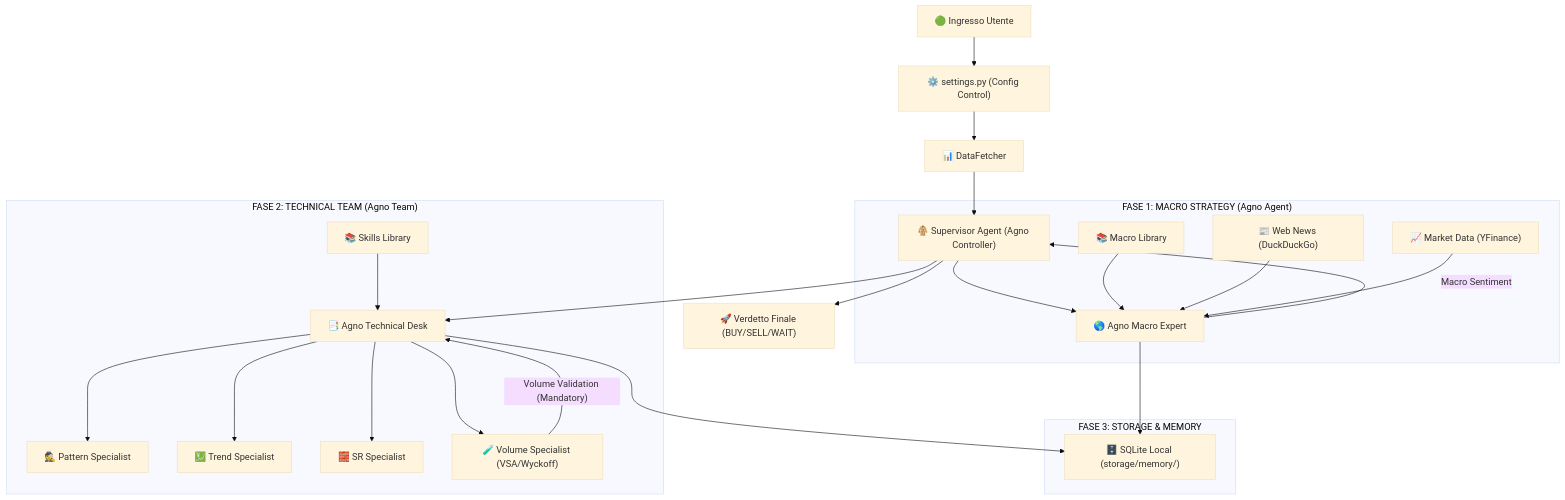
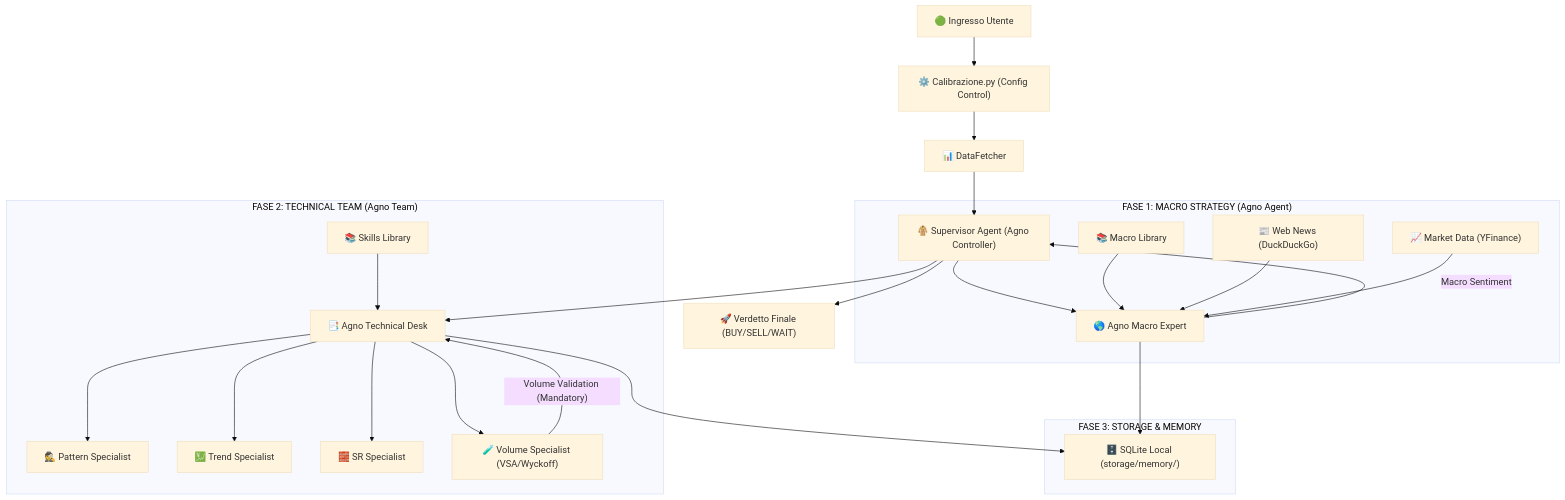
The diagram in documentazione/architettura.md (77gpp/Trading-App), drawn with Mermaid (base theme) before and after one commit. The commit also changed 7 other files, not shown here.

Commit message:
Ridenominazione settings.py in Calibrazione.py e aggiornamento riferimenti

````diff
--- a/documentazione/architettura.md
+++ b/documentazione/architettura.md
@@ -7,30 +7,30 @@
 ```mermaid
 graph TD
-    User["🟢 Ingresso Utente"] --> Settings["⚙️ settings.py (Config Control)"]
+    User["🟢 Ingresso Utente"] --> Settings["⚙️ Calibrazione.py (Config Control)"]
     Settings --> Data["📊 DataFetcher"]
     Data --> Sup["🧥 Supervisor Agent (Agno Controller)"]
     
     subgraph "FASE 1: MACRO STRATEGY (Agno Agent)"
         Sup --> Macro["🌎 Agno Macro Expert"]
         MacroLib["📚 Macro Library"] --> Macro
         Web["📰 Web News (DuckDuckGo)"] --> Macro
         Mkt["📈 Market Data (YFinance)"] --> Macro
         Macro -->|"Macro Sentiment"| Sup
     end
 
     subgraph "FASE 2: TECHNICAL TEAM (Agno Team)"
         Sup --> Team["📑 Agno Technical Desk"]
         Team --> Pat["🕵️ Pattern Specialist"]
         Team --> Trd["💹 Trend Specialist"]
         Team --> SR["🧱 SR Specialist"]
         Team --> Vol["🧪 Volume Specialist (VSA/Wyckoff)"]
         SkillLib["📚 Skills Library"] --> Team
         Vol -->|"Volume Validation (Mandatory)"| Team
     end
 
     subgraph "FASE 3: STORAGE & MEMORY"
         Macro & Team --> SQL["🗄️ SQLite Local (storage/memory/)"]
     end
 
     Sup --> Final["🚀 Verdetto Finale (BUY/SELL/WAIT)"]
 ```
````
